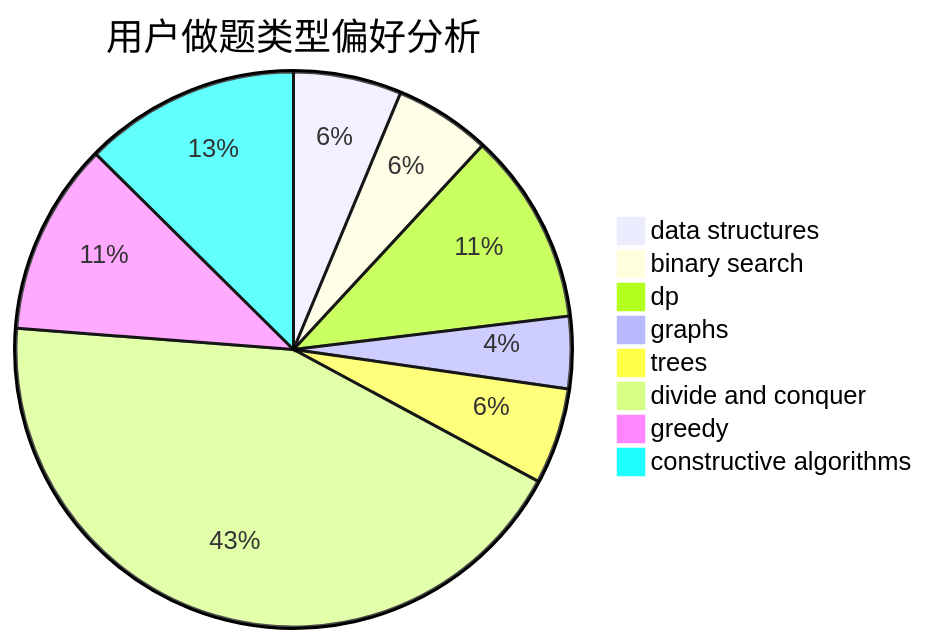
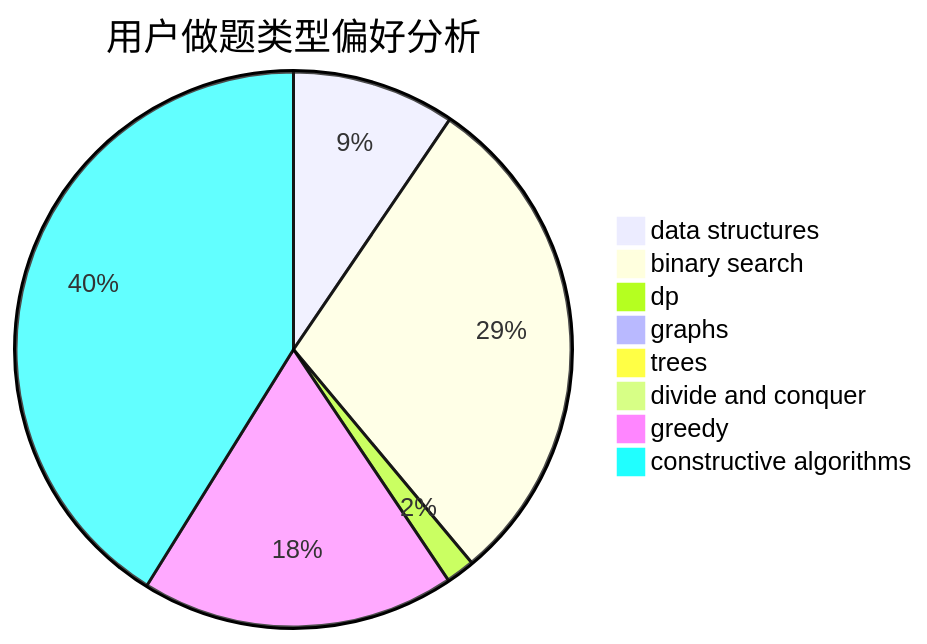
The second of 3 diagrams in docs/user/u403.md (sherpahu/cfrs.github.io), drawn with Mermaid before and after one commit. The commit also changed other lines of this file and 2770 other files, not shown here.

````diff
--- a/docs/user/u403.md
+++ b/docs/user/u403.md
@@ -23,11 +23,11 @@
 ```mermaid
 pie title 用户做题类型偏好分析
-    "data structures" :  9
-    "binary search" :  8
-    "dp" :  16
-    "graphs" :  6
-    "trees" :  8
-    "divide and conquer" :  62
-    "greedy" :  16
-    "constructive algorithms" :  18
+    "data structures" :  51
+    "binary search" :  158
+    "dp" :  9
+    "graphs" :  4
+    "trees" :  5
+    "divide and conquer" :  0
+    "greedy" :  98
+    "constructive algorithms" :  221
 ```
````
